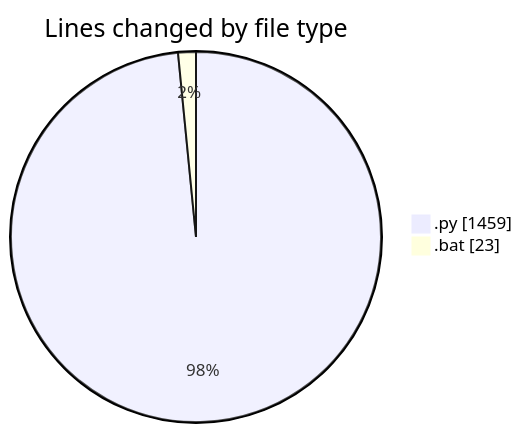
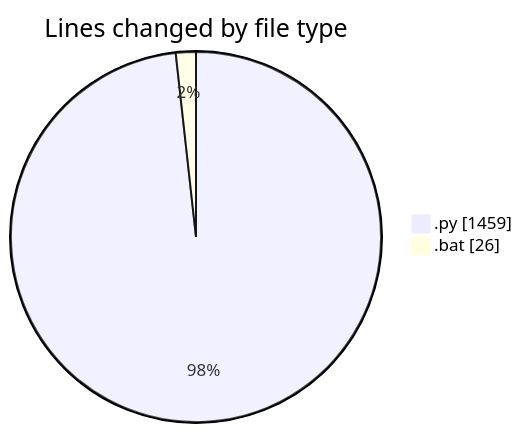
Before and after one commit to FelipKnott/code-tracking: the first of 2 diagrams in 2025-07-03/cursor/README.md, drawn with Mermaid. The commit also changed other lines of this file and 1 other file, not shown here.

````diff
--- a/2025-07-03/cursor/README.md
+++ b/2025-07-03/cursor/README.md
@@ -28,6 +28,6 @@
 ```mermaid
 pie showData
 title Lines changed by file type
 ".py" : 1459
-".bat" : 23
+".bat" : 26
 ```
````
